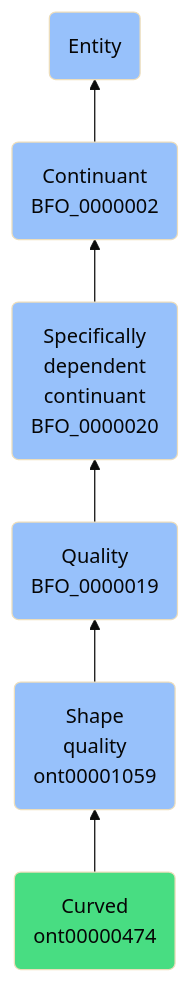
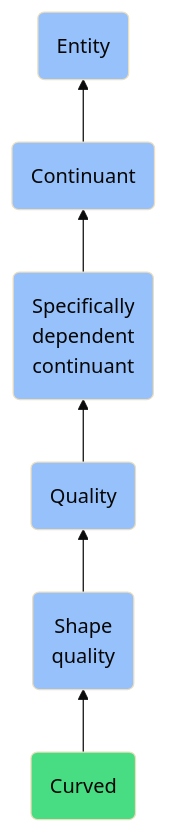
One commit to jupyter-naas/abi changed the diagram in docs/ontology/reference/model/Entity/Continuant/Specifically dependent continuant/Quality/Shape quality/Curved/Curved.md. Above: the diagram before and after it, drawn with Mermaid (base theme). The commit also changed other lines of this file and 1430 other files, not shown here.

````diff
--- a/docs/ontology/reference/model/Entity/Continuant/Specifically dependent continuant/Quality/Shape quality/Curved/Curved.md
+++ b/docs/ontology/reference/model/Entity/Continuant/Specifically dependent continuant/Quality/Shape quality/Curved/Curved.md
@@ -24,13 +24,13 @@
 ```mermaid
 graph BT
-    ont00000474(Curved<br>ont00000474):::ABI-->ont00001059
-    ont00001059(Shape<br>quality<br>ont00001059):::BFO-->BFO_0000019
-    BFO_0000019(Quality<br>BFO_0000019):::BFO-->BFO_0000020
-    BFO_0000020(Specifically<br>dependent<br>continuant<br>BFO_0000020):::BFO-->BFO_0000002
-    BFO_0000002(Continuant<br>BFO_0000002):::BFO-->BFO_0000001
+    ont00000474(Curved):::ABI-->ont00001059
+    ont00001059(Shape<br>quality):::BFO-->BFO_0000019
+    BFO_0000019(Quality):::BFO-->BFO_0000020
+    BFO_0000020(Specifically<br>dependent<br>continuant):::BFO-->BFO_0000002
+    BFO_0000002(Continuant):::BFO-->BFO_0000001
     BFO_0000001(Entity):::BFO
     
     classDef BFO fill:#97c1fb,color:#060606
     classDef CCO fill:#e4c51e,color:#060606
     classDef ABI fill:#48DD82,color:#060606
 ```
````
